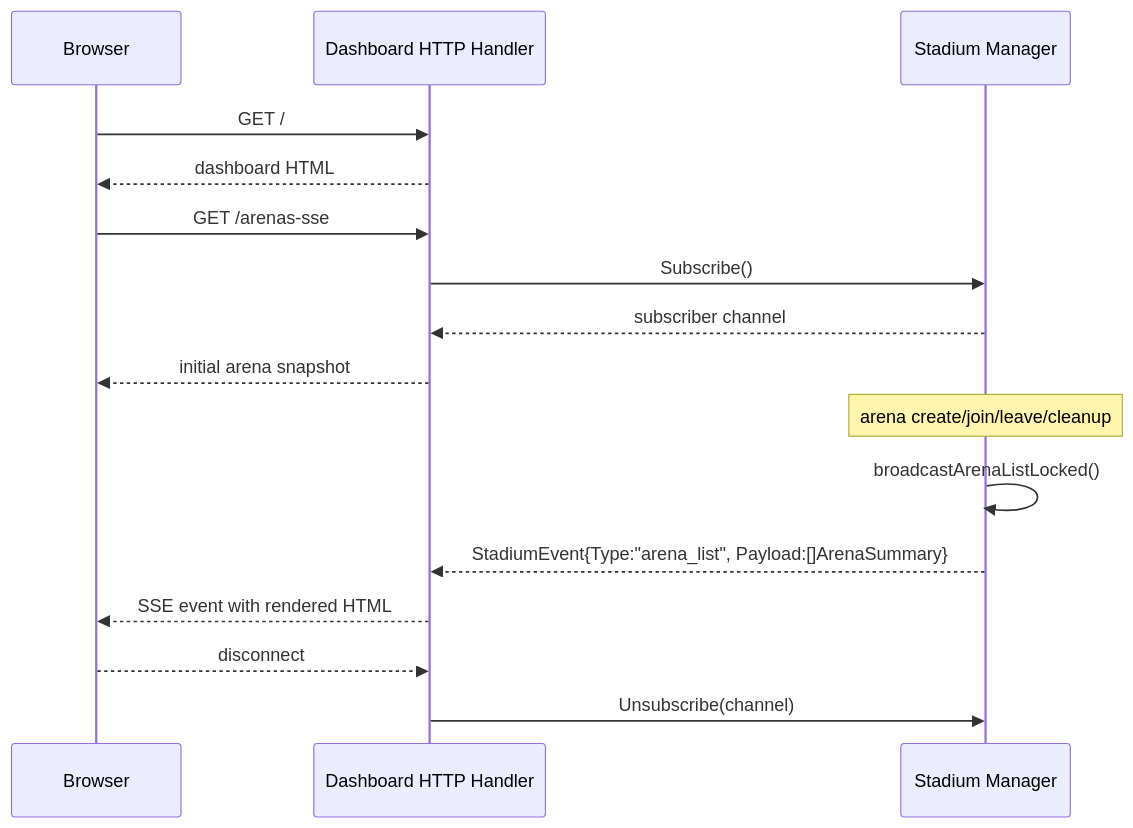
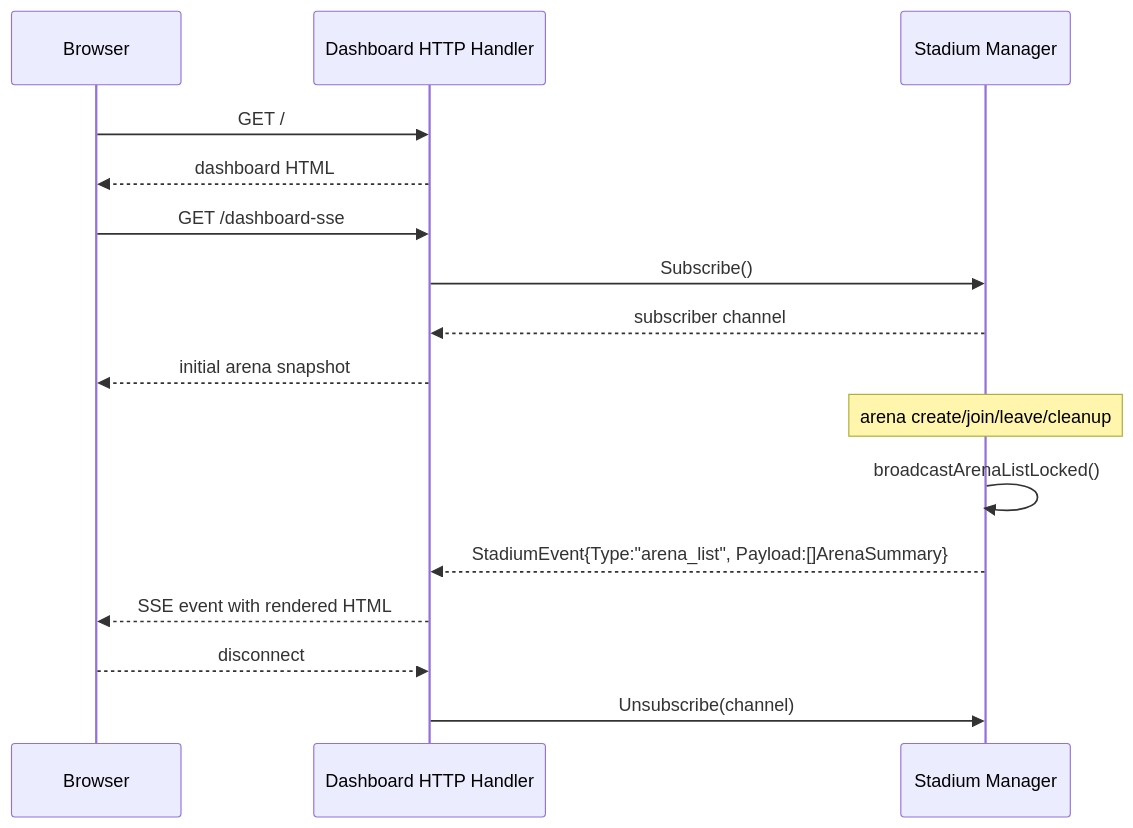
The fourth of 5 diagrams in ARCHITECTURE.md (JonKirkpatrick/bbs), drawn with Mermaid before and after one commit. The commit also changed other lines of this file and 7 other files, not shown here.

````diff
--- a/ARCHITECTURE.md
+++ b/ARCHITECTURE.md
@@ -200,22 +214,22 @@
 ```mermaid
 sequenceDiagram
     participant Browser as Browser
     participant HTTP as Dashboard HTTP Handler
     participant M as Stadium Manager
 
     Browser->>HTTP: GET /
     HTTP-->>Browser: dashboard HTML
 
-    Browser->>HTTP: GET /arenas-sse
+    Browser->>HTTP: GET /dashboard-sse
     HTTP->>M: Subscribe()
     M-->>HTTP: subscriber channel
     HTTP-->>Browser: initial arena snapshot
 
     Note over M: arena create/join/leave/cleanup
     M->>M: broadcastArenaListLocked()
     M-->>HTTP: StadiumEvent{Type:"arena_list", Payload:[]ArenaSummary}
     HTTP-->>Browser: SSE event with rendered HTML
 
     Browser-->>HTTP: disconnect
     HTTP->>M: Unsubscribe(channel)
 ```
````
